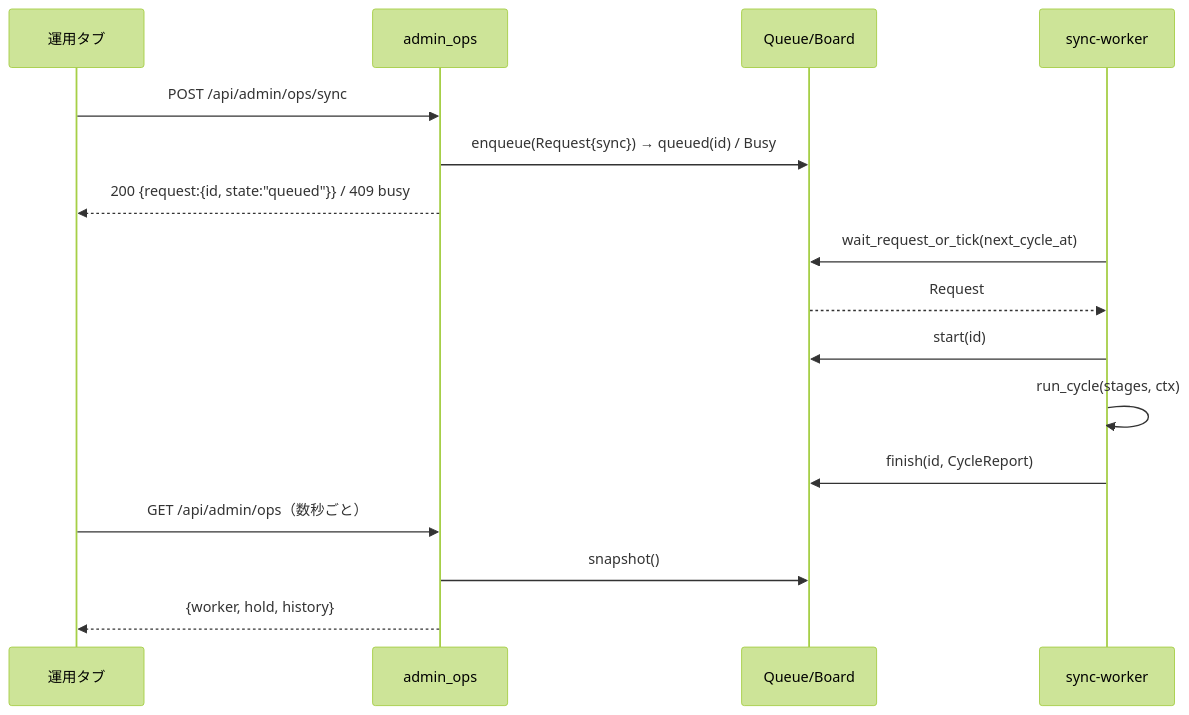
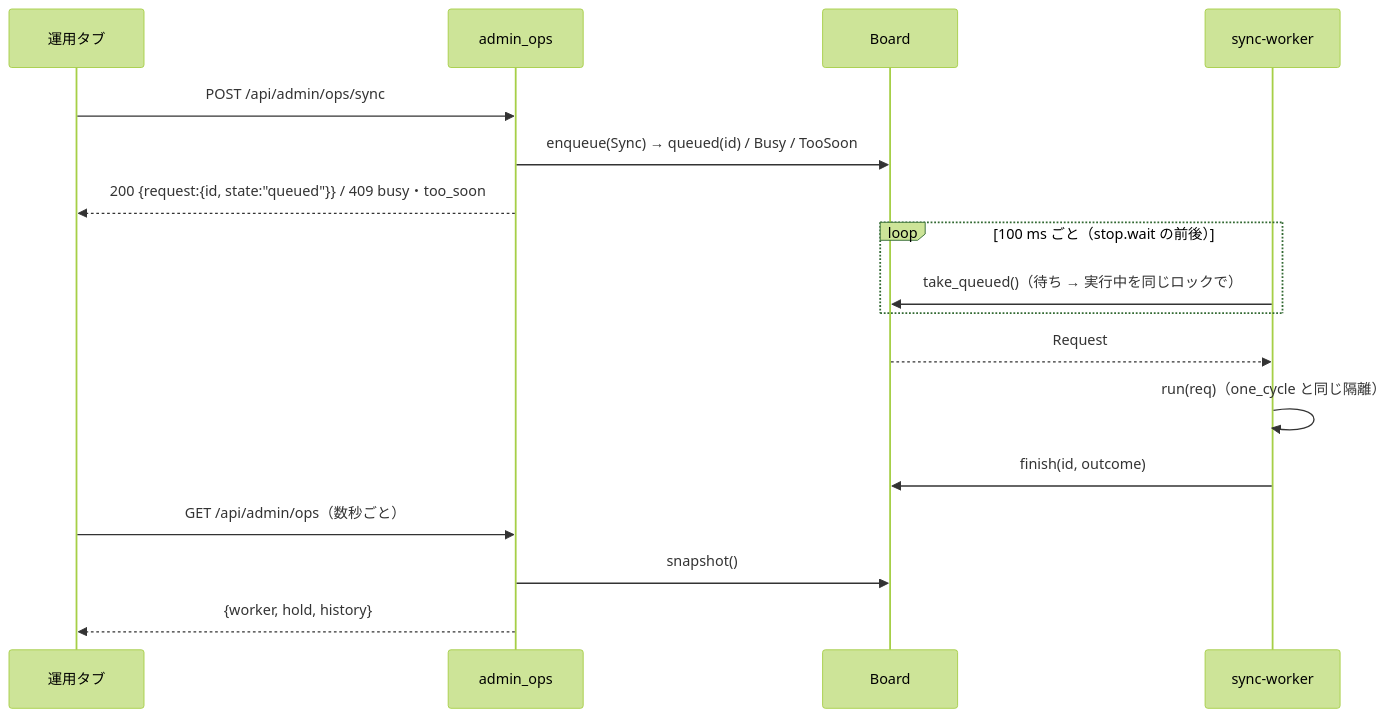
The second of 2 diagrams in docs/admin-ops/design.md (ysogabe/geoframe), drawn with Mermaid (forest theme) before and after one commit. The commit also changed other lines of this file and 1 other file, not shown here.

Commit message:
docs(admin-ops): 図・表・文言を最終の設計に揃える

````diff
--- a/docs/admin-ops/design.md
+++ b/docs/admin-ops/design.md
@@ -224,18 +224,19 @@
 ```mermaid
 sequenceDiagram
   participant UI as 運用タブ
   participant API as admin_ops
-  participant Q as Queue/Board
+  participant Q as Board
   participant W as sync-worker
   UI->>API: POST /api/admin/ops/sync
-  API->>Q: enqueue(Request{sync}) → queued(id) / Busy
-  API-->>UI: 200 {request:{id, state:"queued"}} / 409 busy
-  W->>Q: wait_request_or_tick(next_cycle_at)
+  API->>Q: enqueue(Sync) → queued(id) / Busy / TooSoon
+  API-->>UI: 200 {request:{id, state:"queued"}} / 409 busy・too_soon
+  loop 100 ms ごと（stop.wait の前後）
+    W->>Q: take_queued()（待ち → 実行中を同じロックで）
+  end
   Q-->>W: Request
-  W->>Q: start(id)
-  W->>W: run_cycle(stages, ctx)
-  W->>Q: finish(id, CycleReport)
+  W->>W: run(req)（one_cycle と同じ隔離）
+  W->>Q: finish(id, outcome)
   UI->>API: GET /api/admin/ops（数秒ごと）
   API->>Q: snapshot()
   API-->>UI: {worker, hold, history}
 ```
````
